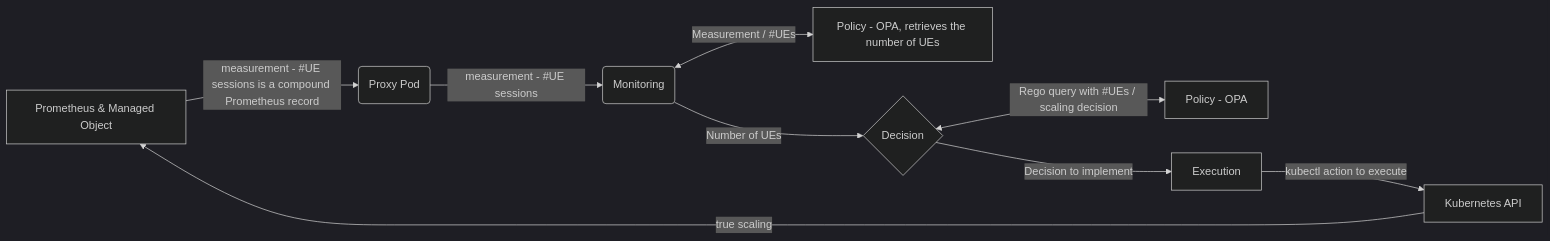
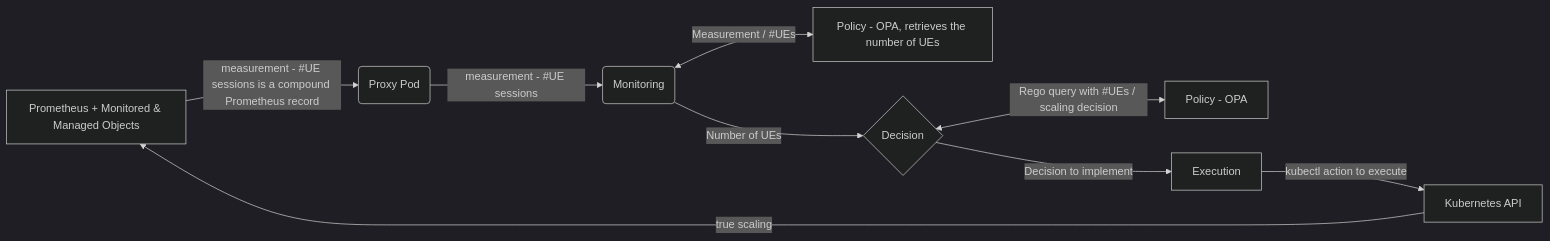
One commit to dbursztynowski/cl_demo changed the diagram in README2.md. Above: the diagram before and after it, drawn with Mermaid (dark theme).

````diff
--- a/README2.md
+++ b/README2.md
@@ -7,11 +7,11 @@
 ```mermaid
 flowchart LR
-M[Prometheus & Managed Object] -->|measurement - #UE sessions is a compound Prometheus record| X(Proxy Pod)
+M[Prometheus + Monitored & Managed Objects] -->|measurement - #UE sessions is a compound Prometheus record| X(Proxy Pod)
 X -->|measurement - #UE sessions| A(Monitoring)
 A <-->|Measurement / #UEs| P[Policy - OPA, retrieves the number of UEs]
 A -->|Number of UEs| B{Decision}
 B <-->|Rego query with #UEs / scaling decision| C[Policy - OPA]
 B -->|Decision to implement| D[Execution]
 D -->|kubectl action to execute| K[Kubernetes API]
 K -->|true scaling| M
 ```
````
